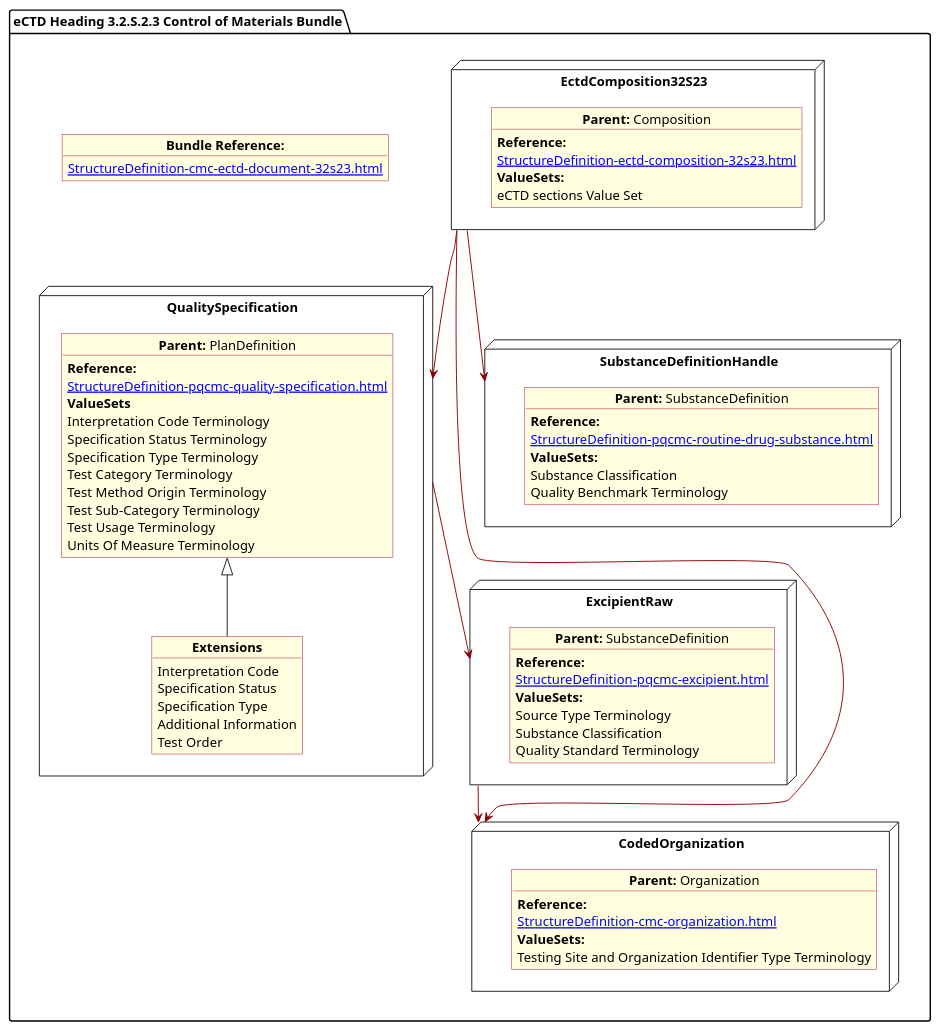
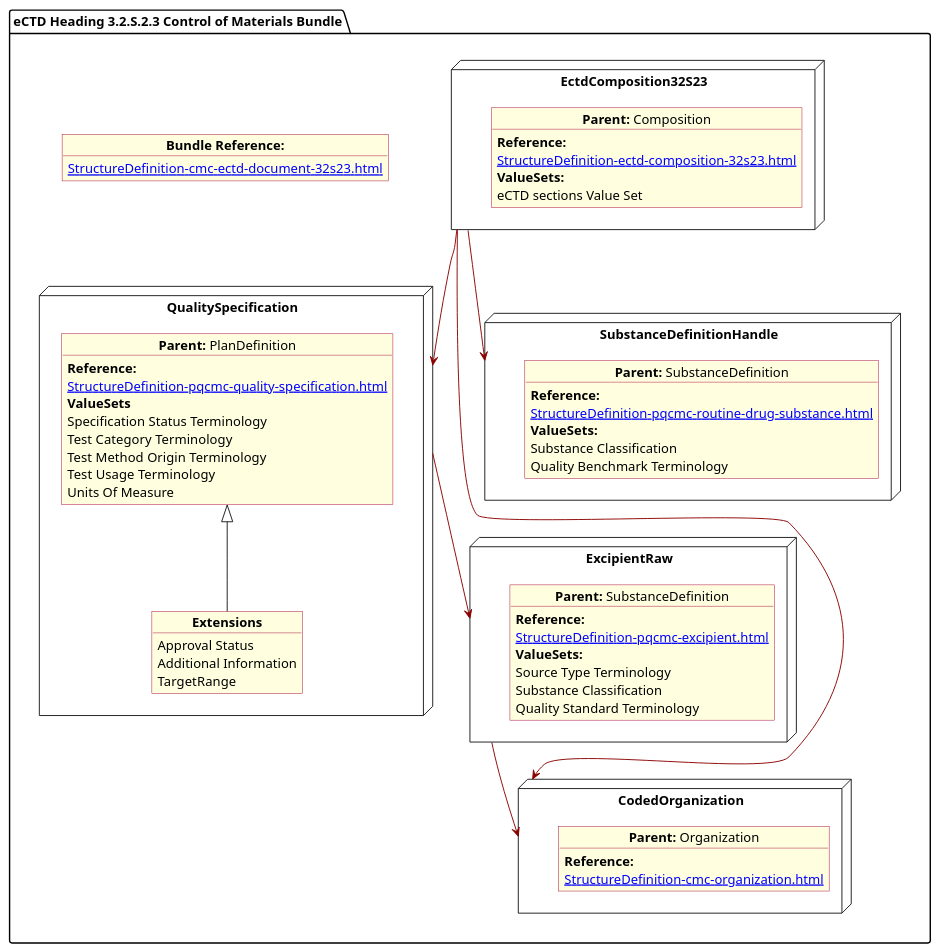
One commit to HL7/FHIR-us-pq-cmc-fda changed the diagram in input/images-source/SubstanceControlMat.plantuml. Above: the diagram before and after it, drawn with PlantUML. The commit also changed 17 other files, not shown here.

```diff
--- a/input/images-source/SubstanceControlMat.plantuml
+++ b/input/images-source/SubstanceControlMat.plantuml
@@ -1,89 +1,81 @@
 @startuml SubstanceControlMat
 allowmixing
 'Mixed model of use case and object
 skinparam svgDimensionStyle false
 skinparam ObjectBackgroundColor LightYellow
 skinparam ObjectBorderColor #A80036
 skinparam activityDiamondBorderColor #A80036
 skinparam activityDiamondBackgroundColor lawnGreen
 skinparam ClassBorderThickness 4
 
 package "eCTD Heading 3.2.S.2.3 Control of Materials Bundle" as NODES {
     object "**Bundle Reference:**" as objbun {
         [[StructureDefinition-cmc-ectd-document-32s23.html]]
     }
 
     node "QualitySpecification" as N2 {
 
         object "**Parent:** PlanDefinition" as obj2 {
             **Reference:**
             [[StructureDefinition-pqcmc-quality-specification.html]]
             **ValueSets**
-            Interpretation Code Terminology
             Specification Status Terminology
-            Specification Type Terminology
             Test Category Terminology
             Test Method Origin Terminology
-            Test Sub-Category Terminology
             Test Usage Terminology
-            Units Of Measure Terminology
+            Units Of Measure
         }
         object "**Extensions**" as objQSEx {
-            Interpretation Code
-            Specification Status
-            Specification Type
+            Approval Status
             Additional Information
-            Test Order
+            TargetRange
         }
         obj2 <|-- objQSEx
     }
     node "EctdComposition32S23" as N1 {
 
         object "**Parent:** Composition" as obj1 {
             **Reference:**
             [[StructureDefinition-ectd-composition-32s23.html]]
             **ValueSets:**
             eCTD sections Value Set
         }
     }
 
-
     node "ExcipientRaw" as N21 {
 
         object "**Parent:** SubstanceDefinition" as obj22 {
             **Reference:**
             [[StructureDefinition-pqcmc-excipient.html]]
             **ValueSets:**
             Source Type Terminology
             Substance Classification
             Quality Standard Terminology
         }
     }
-        node "CodedOrganization" as NSO {
+    node "CodedOrganization" as NSO {
 
         object "**Parent:** Organization" as objAu {
             **Reference:**
             [[StructureDefinition-cmc-organization.html]]
-            **ValueSets:**
-            Testing Site and Organization Identifier Type Terminology
         }
     }
 
-    
-  node "SubstanceDefinitionHandle" as NN { 
-      object "**Parent:** SubstanceDefinition" as obj3 {
-                   **Reference:**
-      [[StructureDefinition-pqcmc-routine-drug-substance.html]]
-                **ValueSets:**
-                Substance Classification
-                Quality Benchmark Terminology
-      }  
-}
+    node "SubstanceDefinitionHandle" as NN {
+
+        object "**Parent:** SubstanceDefinition" as obj3 {
+            **Reference:**
+            [[StructureDefinition-pqcmc-routine-drug-substance.html]]
+            **ValueSets:**
+            Substance Classification
+            Quality Benchmark Terminology
+        }
+    }
 
     N1 -[#darkred]--> N2
     N2 -[#darkred]-> N21
     N1 -[#darkred]--> NSO
     N1 -[#darkred]--> NN
     N21 -[#darkred]-> NSO
 }
 @enduml
```
